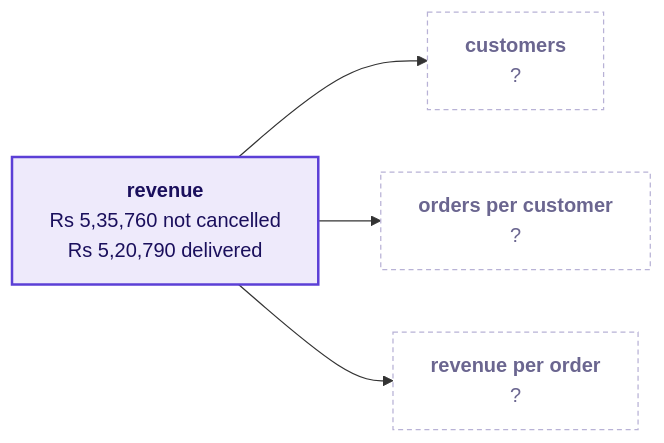
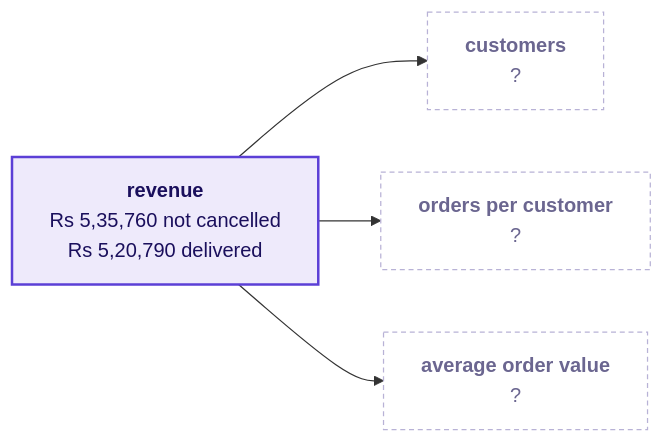
Before and after one commit to fde-academy-lab/c2-content-factory: diagram 11 of 18 in content/W01/D1/slides/C2_W01_D01_half1_STUDENT.md, drawn with Mermaid. The commit also changed other lines of this file and 10 other files, not shown here.

````diff
--- a/content/W01/D1/slides/C2_W01_D01_half1_STUDENT.md
+++ b/content/W01/D1/slides/C2_W01_D01_half1_STUDENT.md
@@ -437,10 +529,10 @@
 ```mermaid
 flowchart LR
     R["<b>revenue</b><br/>Rs 5,35,760 not cancelled<br/>Rs 5,20,790 delivered"] --> C["<b>customers</b><br/>?"]
     R --> F["<b>orders per customer</b><br/>?"]
-    R --> A["<b>revenue per order</b><br/>?"]
+    R --> A["<b>average order value</b><br/>?"]
     classDef known fill:#EEEAFB,stroke:#5B3FD6,color:#1A0F5C,stroke-width:2px
     classDef unknown fill:#FFFFFF,stroke:#B8B2D6,color:#6B6690,stroke-dasharray:4 3
     class R known
     class C,F,A unknown
 ```
````
